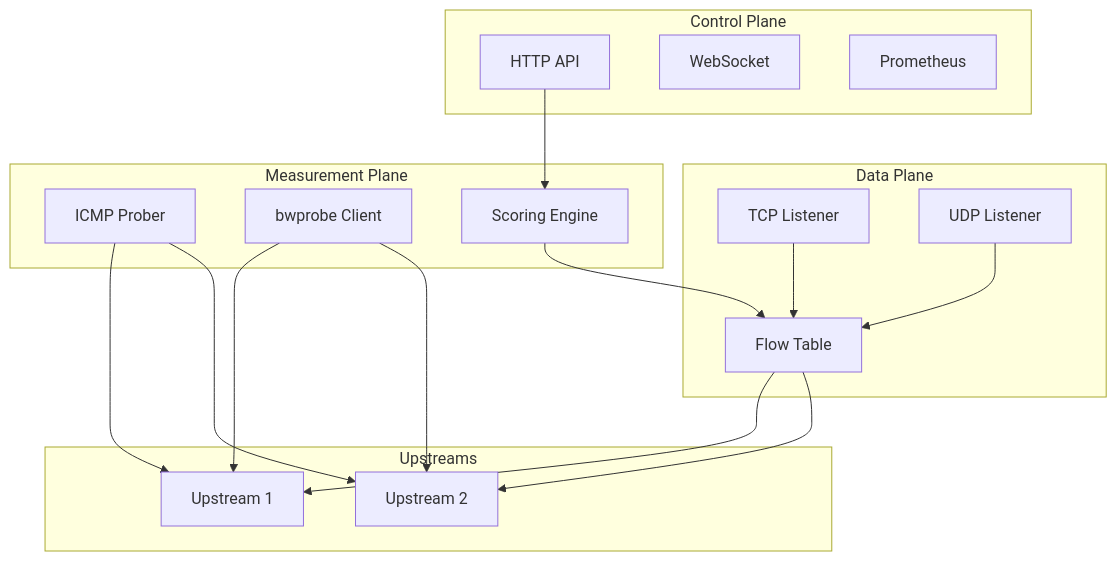
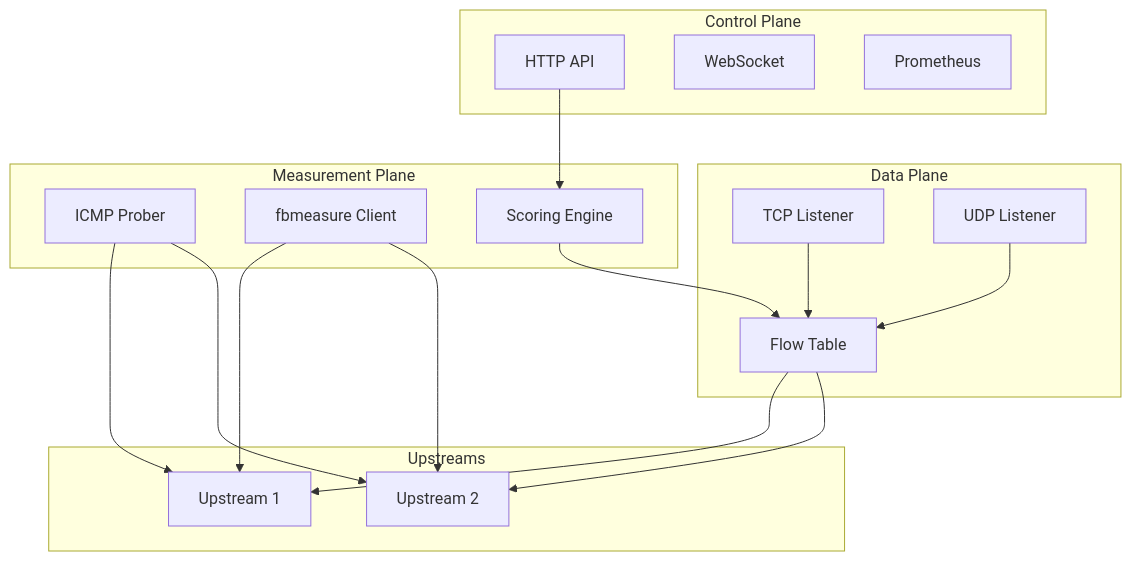
One commit to NodePath81/fbforward changed the first of 3 diagrams in doc/project-overview.md. Above: the diagram before and after it, drawn with Mermaid. The commit also changed other lines of this file and 5 other files, not shown here.

````diff
--- a/doc/project-overview.md
+++ b/doc/project-overview.md
@@ -85,38 +95,38 @@
 ```mermaid
 graph TB
     subgraph Control Plane
         API[HTTP API]
         WS[WebSocket]
         Metrics[Prometheus]
     end
 
     subgraph Data Plane
         TCP[TCP Listener]
         UDP[UDP Listener]
         FT[Flow Table]
     end
 
     subgraph Measurement Plane
         ICMP[ICMP Prober]
-        BW[bwprobe Client]
+        BW[fbmeasure Client]
         Score[Scoring Engine]
     end
 
     subgraph Upstreams
         U1[Upstream 1]
         U2[Upstream 2]
     end
 
     TCP --> FT
     UDP --> FT
     FT --> U1
     FT --> U2
 
     ICMP --> U1
     ICMP --> U2
     BW --> U1
     BW --> U2
 
     Score --> FT
     API --> Score
 ```
````
